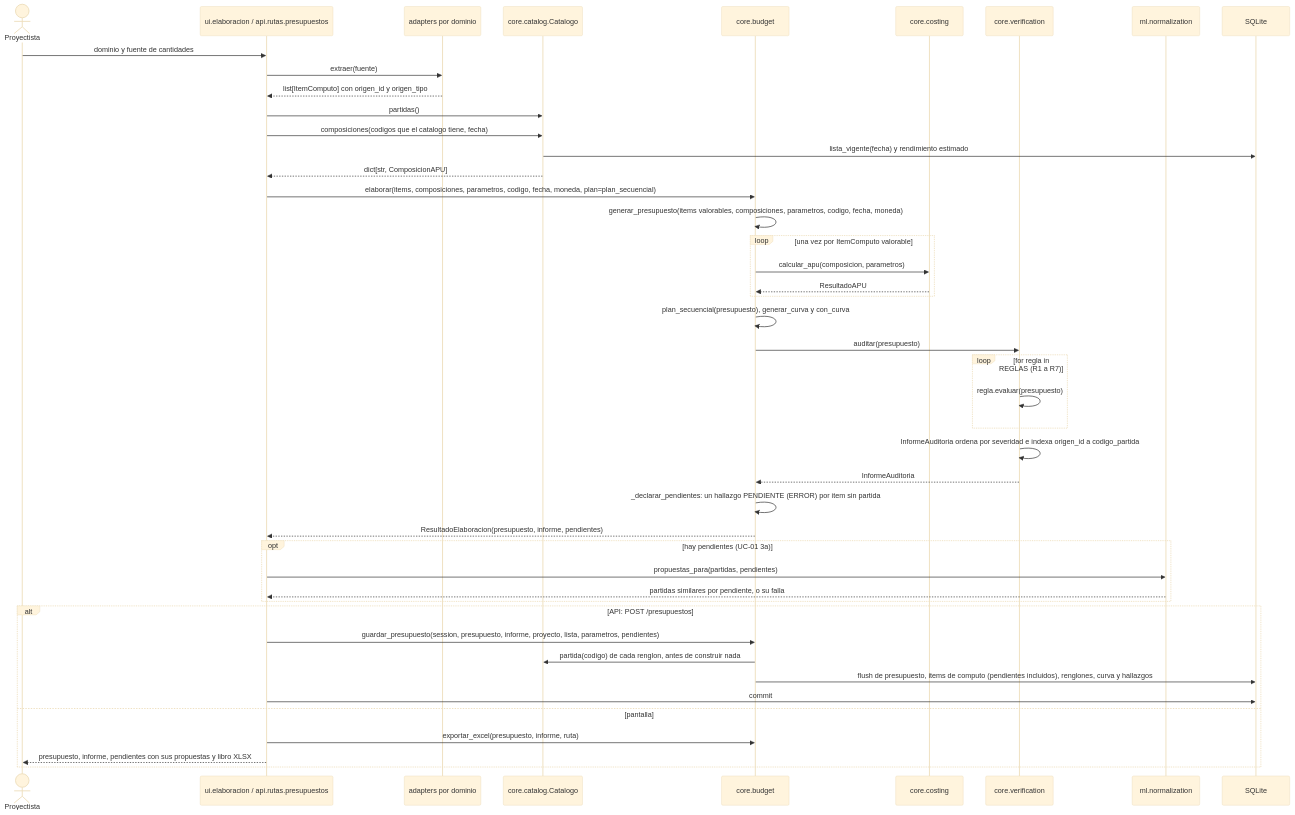
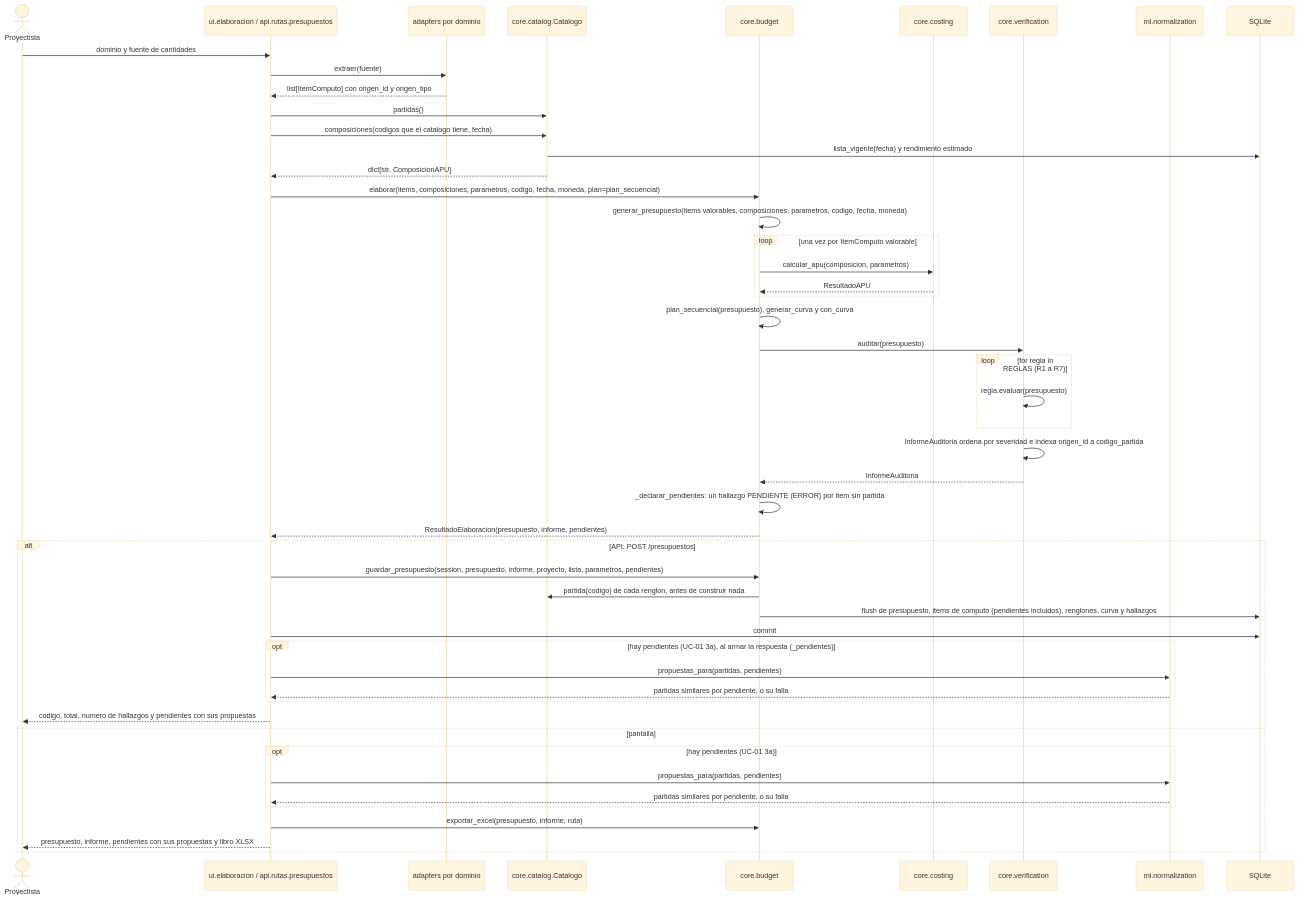
The fifth of 8 diagrams in docs/arquitectura.md (EugenioRRijo/silice), drawn with Mermaid (base theme) before and after one commit. The commit also changed other lines of this file, not shown here.

````diff
--- a/docs/arquitectura.md
+++ b/docs/arquitectura.md
@@ -928,48 +929,53 @@
 ```mermaid
 sequenceDiagram
     actor P as Proyectista
     participant PRE as ui.elaboracion / api.rutas.presupuestos
     participant AD as adapters por dominio
     participant CAT as core.catalog.Catalogo
     participant BUD as core.budget
     participant COS as core.costing
     participant VER as core.verification
     participant ML as ml.normalization
     participant DB as SQLite
 
     P->>PRE: dominio y fuente de cantidades
     PRE->>AD: extraer(fuente)
     AD-->>PRE: list[ItemComputo] con origen_id y origen_tipo
     PRE->>CAT: partidas()
     PRE->>CAT: composiciones(codigos que el catalogo tiene, fecha)
     CAT->>DB: lista_vigente(fecha) y rendimiento estimado
     CAT-->>PRE: dict[str, ComposicionAPU]
     PRE->>BUD: elaborar(items, composiciones, parametros, codigo, fecha, moneda, plan=plan_secuencial)
     BUD->>BUD: generar_presupuesto(items valorables, composiciones, parametros, codigo, fecha, moneda)
     loop una vez por ItemComputo valorable
         BUD->>COS: calcular_apu(composicion, parametros)
         COS-->>BUD: ResultadoAPU
     end
     BUD->>BUD: plan_secuencial(presupuesto), generar_curva y con_curva
     BUD->>VER: auditar(presupuesto)
     loop for regla in REGLAS (R1 a R7)
         VER->>VER: regla.evaluar(presupuesto)
     end
     VER->>VER: InformeAuditoria ordena por severidad e indexa origen_id a codigo_partida
     VER-->>BUD: InformeAuditoria
     BUD->>BUD: _declarar_pendientes: un hallazgo PENDIENTE (ERROR) por item sin partida
     BUD-->>PRE: ResultadoElaboracion(presupuesto, informe, pendientes)
-    opt hay pendientes (UC-01 3a)
-        PRE->>ML: propuestas_para(partidas, pendientes)
-        ML-->>PRE: partidas similares por pendiente, o su falla
-    end
     alt API: POST /presupuestos
         PRE->>BUD: guardar_presupuesto(session, presupuesto, informe, proyecto, lista, parametros, pendientes)
         BUD->>CAT: partida(codigo) de cada renglon, antes de construir nada
         BUD->>DB: flush de presupuesto, items de computo (pendientes incluidos), renglones, curva y hallazgos
         PRE->>DB: commit
+        opt hay pendientes (UC-01 3a), al armar la respuesta (_pendientes)
+            PRE->>ML: propuestas_para(partidas, pendientes)
+            ML-->>PRE: partidas similares por pendiente, o su falla
+        end
+        PRE-->>P: codigo, total, numero de hallazgos y pendientes con sus propuestas
     else pantalla
+        opt hay pendientes (UC-01 3a)
+            PRE->>ML: propuestas_para(partidas, pendientes)
+            ML-->>PRE: partidas similares por pendiente, o su falla
+        end
         PRE->>BUD: exportar_excel(presupuesto, informe, ruta)
         PRE-->>P: presupuesto, informe, pendientes con sus propuestas y libro XLSX
     end
 ```
````
